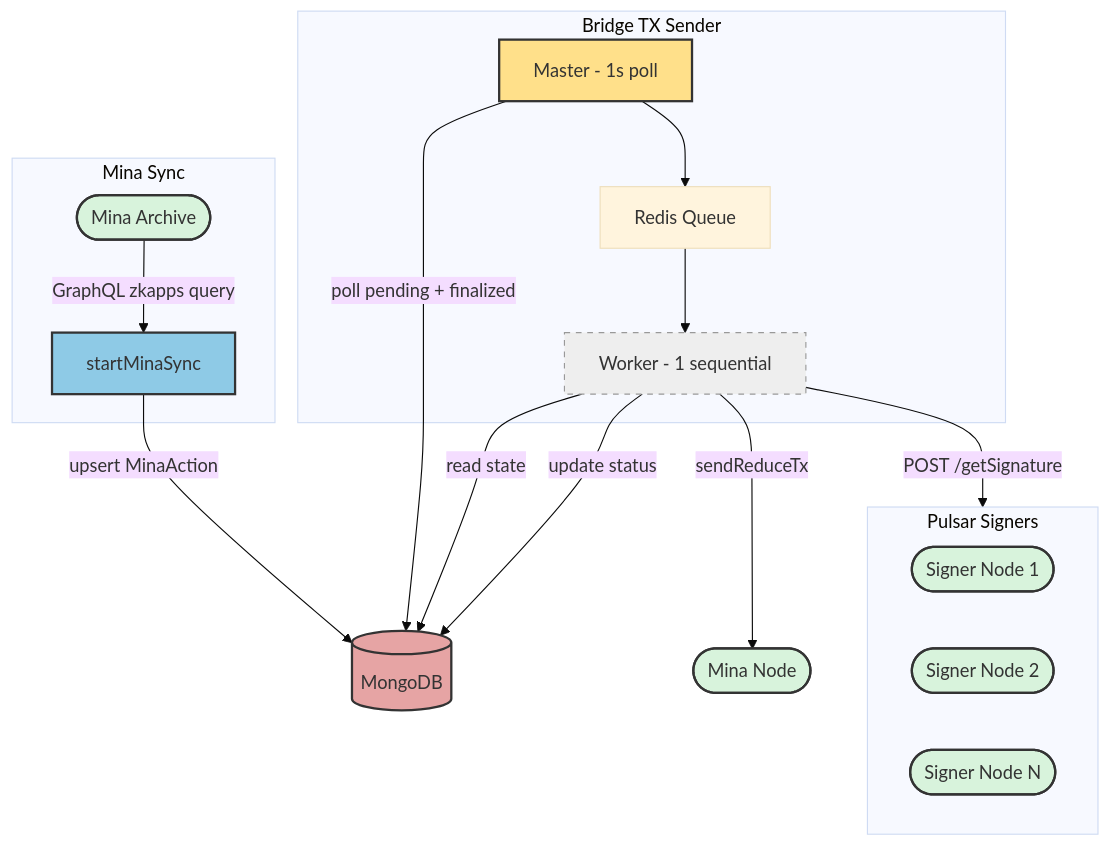
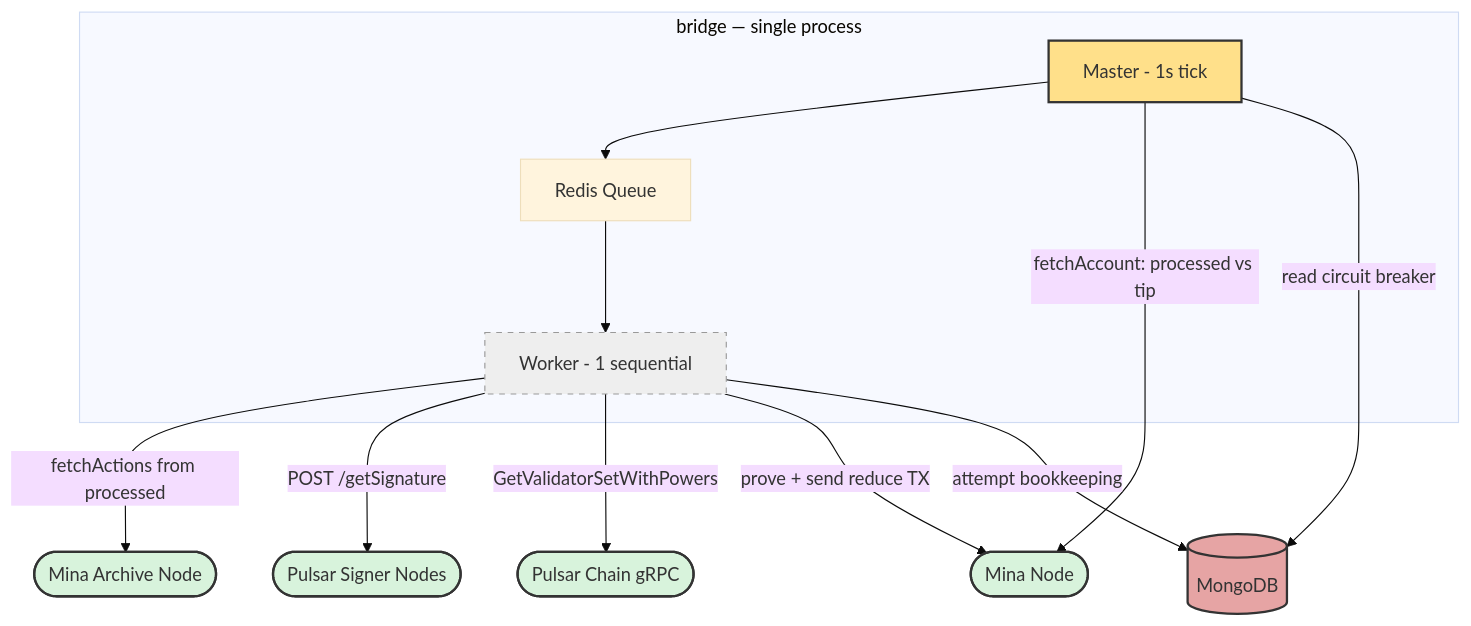
Before and after one commit to node101-io/pulsar: the first of 4 diagrams in bridge/docs/architecture.md, drawn with Mermaid (base theme). The commit also changed other lines of this file and 1 other file, not shown here.

Commit message:
docs(bridge): rewrite architecture and dev guide

````diff
--- a/bridge/docs/architecture.md
+++ b/bridge/docs/architecture.md
@@ -40,40 +50,31 @@
 ```mermaid
 graph TD
-    classDef sync fill:#8ecae6,stroke:#333,stroke-width:2px
     classDef db fill:#e6a4a4,stroke:#333,stroke-width:2px
     classDef processor fill:#ffe08a,stroke:#333,stroke-width:2px
     classDef worker fill:#eee,stroke:#999,stroke-dasharray: 5 5
     classDef external fill:#d8f3dc,stroke:#333,stroke-width:2px
 
-    subgraph Sync [Mina Sync]
-        Archive([Mina Archive]) -->|GraphQL zkapps query| syncMina[startMinaSync]
-    end
-
-    subgraph Pulsar [Pulsar Signers]
-        Signer1([Signer Node 1])
-        Signer2([Signer Node 2])
-        SignerN([Signer Node N])
-    end
-
-    subgraph BridgeTX [Bridge TX Sender]
-        master[Master - 1s poll] --> queue[Redis Queue]
+    subgraph Bridge [bridge — single process]
+        master[Master - 1s tick] --> queue[Redis Queue]
         queue --> worker1[Worker - 1 sequential]
     end
 
     Mina([Mina Node])
-
+    Archive([Mina Archive Node])
+    Signers([Pulsar Signer Nodes])
+    Chain([Pulsar Chain gRPC])
     mongoDB[(MongoDB)]
 
-    syncMina -->|upsert MinaAction| mongoDB
-    master -->|poll pending + finalized| mongoDB
-    worker1 -->|read state| mongoDB
-    worker1 -->|POST /getSignature| Pulsar
-    worker1 -->|sendReduceTx| Mina
-    worker1 -->|update status| mongoDB
+    master -->|fetchAccount: processed vs tip| Mina
+    master -->|read circuit breaker| mongoDB
+    worker1 -->|fetchActions from processed| Archive
+    worker1 -->|POST /getSignature| Signers
+    worker1 -->|GetValidatorSetWithPowers| Chain
+    worker1 -->|prove + send reduce TX| Mina
+    worker1 -->|attempt bookkeeping| mongoDB
 
-    class Archive,Mina,Signer1,Signer2,SignerN external
+    class Mina,Archive,Signers,Chain external
     class mongoDB db
-    class syncMina sync
     class master processor
     class worker1 worker
 ```
````
